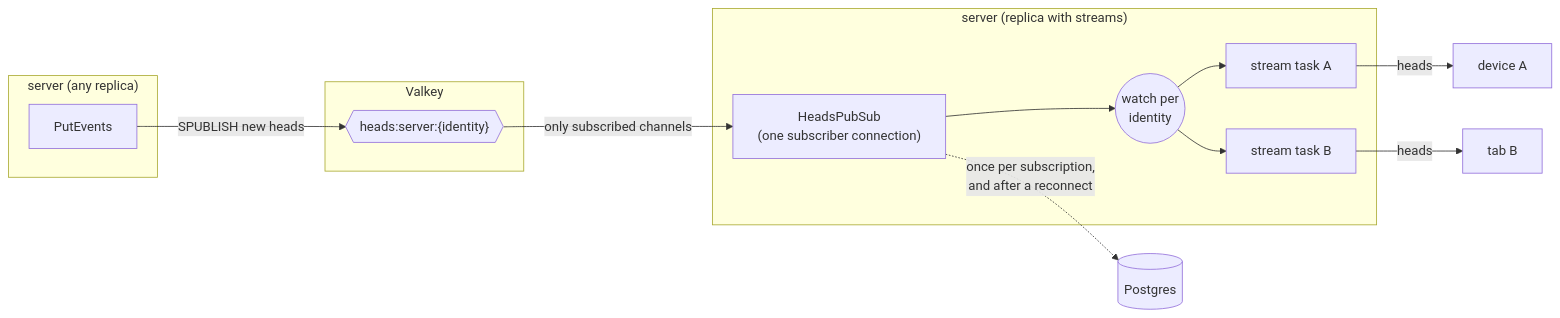
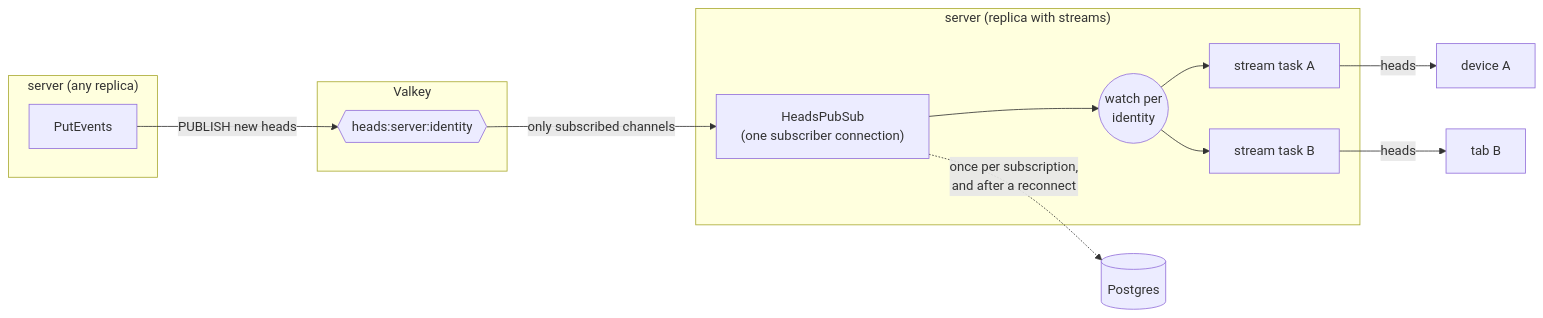
Before and after one commit to futo-org/Harbor: the first of 2 diagrams in docs/content/developer/live-sync.md, drawn with Mermaid. The commit also changed other lines of this file and 11 other files, not shown here.

````diff
--- a/docs/content/developer/live-sync.md
+++ b/docs/content/developer/live-sync.md
@@ -64,23 +61,23 @@
 ```mermaid
 flowchart LR
     subgraph writer["server (any replica)"]
         P[PutEvents]
     end
     subgraph valkey["Valkey"]
-        CH{{"heads:server:#123;identity#125;"}}
+        CH{{"heads:server:identity"}}
     end
     subgraph serve["server (replica with streams)"]
         SUB["HeadsPubSub\n(one subscriber connection)"]
         W(("watch per\nidentity"))
         S1[stream task A]
         S2[stream task B]
     end
     PG[(Postgres)]
-    P -- SPUBLISH new heads --> CH
+    P -- PUBLISH new heads --> CH
     CH -- only subscribed channels --> SUB
     SUB --> W
     W --> S1 & S2
     S1 -- heads --> D1[device A]
     S2 -- heads --> D2[tab B]
     SUB -. "once per subscription,\nand after a reconnect" .-> PG
 ```
````
